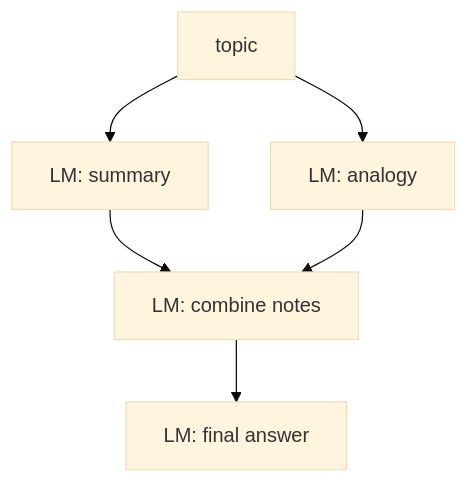
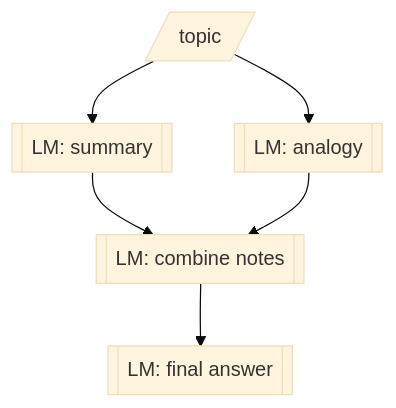
One commit to ASEM000/autoform changed the diagram in docs/recipes/concurrent-pipeline.md. Above: the diagram before and after it, drawn with Mermaid (base theme). The commit also changed 4 other files, not shown here.

Commit message:
docs: improve mermaid

````diff
--- a/docs/recipes/concurrent-pipeline.md
+++ b/docs/recipes/concurrent-pipeline.md
@@ -50,8 +50,8 @@
 ```{mermaid}
 flowchart TD
-    topic["topic"] --> summary["LM: summary"]
-    topic --> analogy["LM: analogy"]
-    summary --> join["LM: combine notes"]
+    topic[/topic/] --> summary[["LM: summary"]]
+    topic --> analogy[["LM: analogy"]]
+    summary --> join[["LM: combine notes"]]
     analogy --> join
-    join --> final["LM: final answer"]
+    join --> final[["LM: final answer"]]
 ```
````
